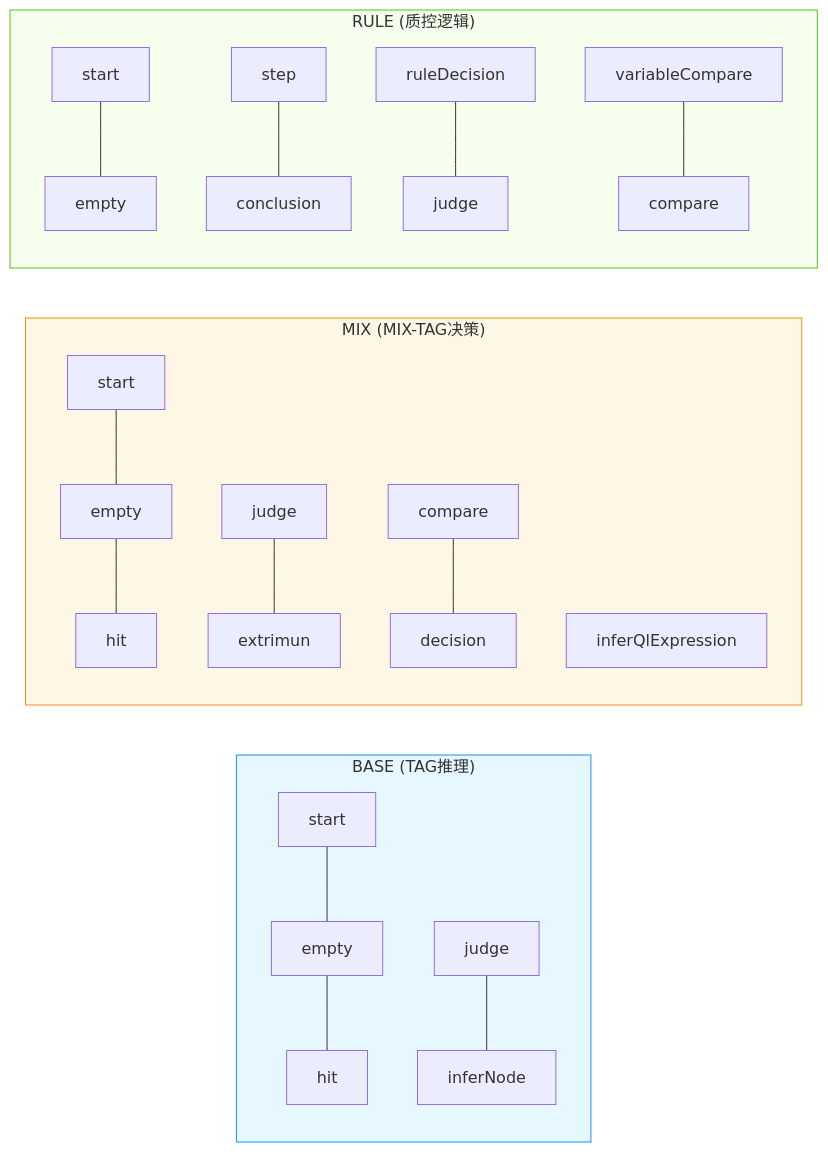
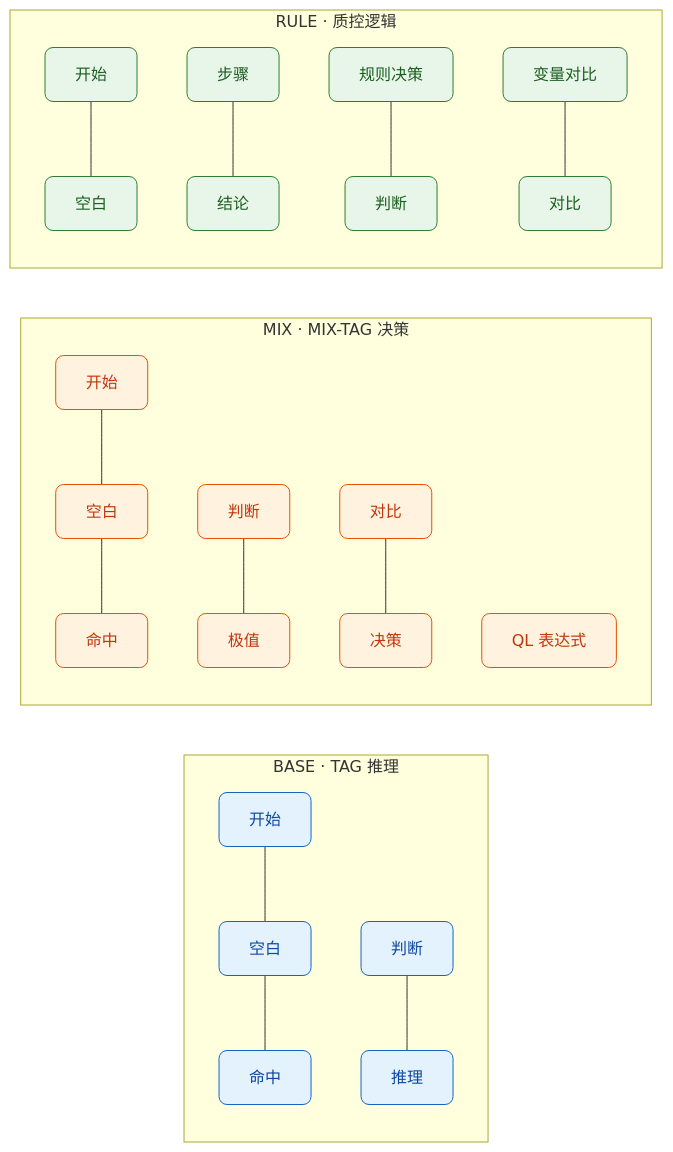
The seventh of 11 diagrams in docs/exp/javascript/107.md (zhaoky/site), drawn with Mermaid before and after one commit. The commit also changed other lines of this file, not shown here.

Commit message:
feat: 更新文档，重构架构图并增强层级分离描述

````diff
--- a/docs/exp/javascript/107.md
+++ b/docs/exp/javascript/107.md
@@ -355,25 +427,31 @@
 ```mermaid
 graph LR
-    subgraph BASE["BASE (TAG推理)"]
-        B1[start] --- B2[empty] --- B3[hit]
-        B4[judge] --- B5[inferNode]
+    classDef base fill:#E3F2FD,stroke:#1565C0,rx:8,color:#0D47A1
+    classDef mix fill:#FFF3E0,stroke:#E65100,rx:8,color:#BF360C
+    classDef rule fill:#E8F5E9,stroke:#2E7D32,rx:8,color:#1B5E20
+
+    subgraph BASE["BASE · TAG 推理"]
+        B1["开始"] --- B2["空白"]
+        B2 --- B3["命中"]
+        B4["判断"] --- B5["推理"]
     end
 
-    subgraph MIX["MIX (MIX-TAG决策)"]
-        M1[start] --- M2[empty] --- M3[hit]
-        M4[judge] --- M5[extrimun]
-        M6[compare] --- M7[decision]
-        M8[inferQlExpression]
+    subgraph MIX["MIX · MIX-TAG 决策"]
+        M1["开始"] --- M2["空白"]
+        M2 --- M3["命中"]
+        M4["判断"] --- M5["极值"]
+        M6["对比"] --- M7["决策"]
+        M8["QL 表达式"]
     end
 
-    subgraph RULE["RULE (质控逻辑)"]
-        R1[start] --- R2[empty]
-        R3[step] --- R4[conclusion]
-        R5[ruleDecision] --- R6[judge]
-        R7[variableCompare] --- R8[compare]
+    subgraph RULE["RULE · 质控逻辑"]
+        R1["开始"] --- R2["空白"]
+        R3["步骤"] --- R4["结论"]
+        R5["规则决策"] --- R6["判断"]
+        R7["变量对比"] --- R8["对比"]
     end
 
-    style BASE fill:#e6f7ff,stroke:#1890ff
-    style MIX fill:#fff7e6,stroke:#fa8c16
-    style RULE fill:#f6ffed,stroke:#52c41a
+    class B1,B2,B3,B4,B5 base
+    class M1,M2,M3,M4,M5,M6,M7,M8 mix
+    class R1,R2,R3,R4,R5,R6,R7,R8 rule
 ```
````
